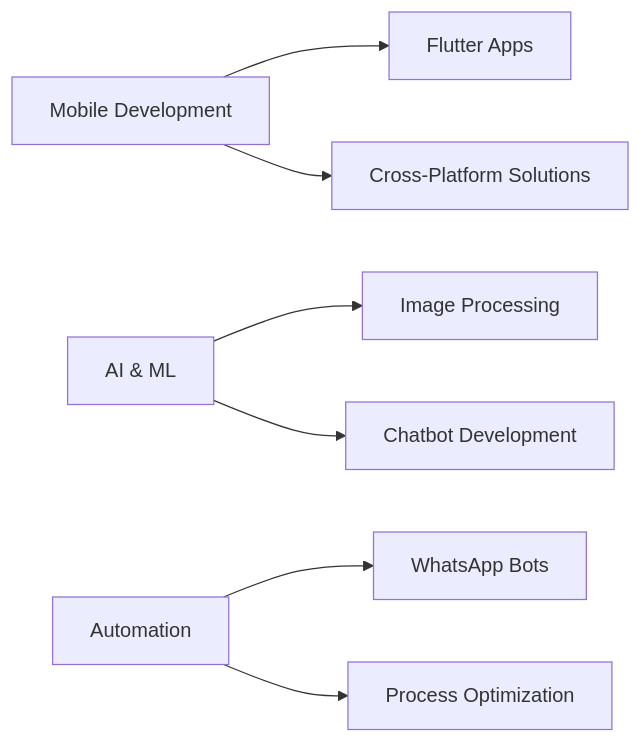
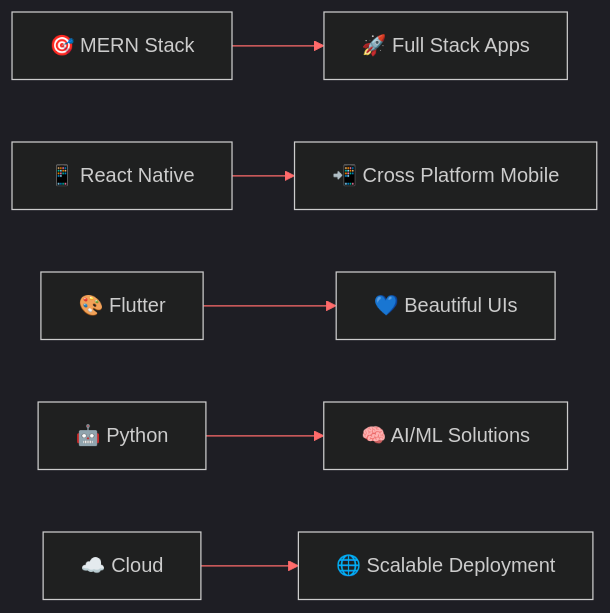
Before and after one commit to kasheekeswani/kasheekeswani: the diagram in README.md, drawn with Mermaid. The commit also changed other lines of this file, not shown here.

````diff
--- a/README.md
+++ b/README.md
@@ -91,9 +161,9 @@
 ```mermaid
+%%{init: {'theme':'dark', 'themeVariables': { 'primaryColor': '#FF6B6B', 'primaryTextColor': '#ffffff', 'primaryBorderColor': '#FF6B6B', 'lineColor': '#FF6B6B'}}}%%
 graph LR
-    A[Mobile Development] --> B[Flutter Apps]
-    A --> C[Cross-Platform Solutions]
-    D[AI & ML] --> E[Image Processing]
-    D --> F[Chatbot Development]
-    G[Automation] --> H[WhatsApp Bots]
-    G --> I[Process Optimization]
+    A[🎯 MERN Stack] --> B[🚀 Full Stack Apps]
+    C[📱 React Native] --> D[📲 Cross Platform Mobile]
+    E[🎨 Flutter] --> F[💙 Beautiful UIs]
+    G[🤖 Python] --> H[🧠 AI/ML Solutions]
+    I[☁️ Cloud] --> J[🌐 Scalable Deployment]
 ```
````
